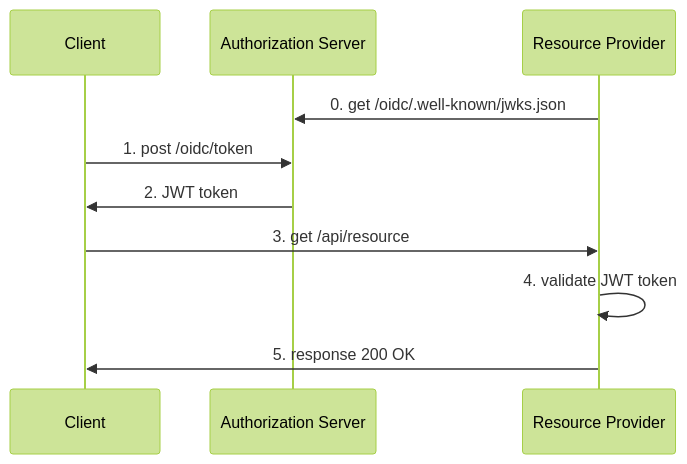
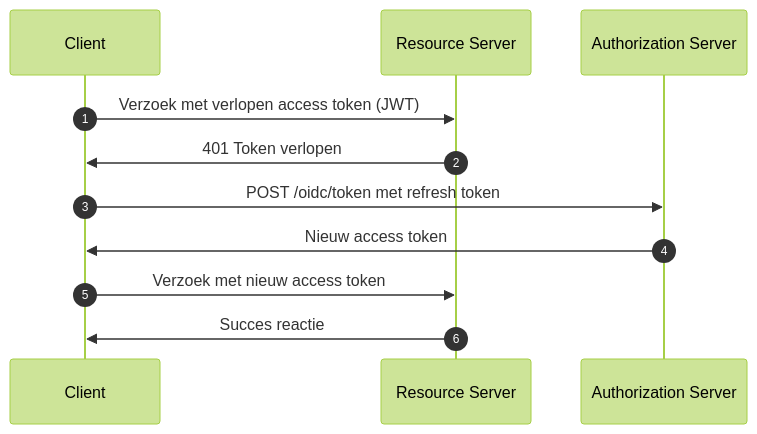
The fifth of 5 diagrams in src/content/terms/nl/opaque-token.mdx (logto-io/auth-wiki), drawn with Mermaid (forest theme) before and after one commit. The commit also changed other lines of this file and 95 other files, not shown here.

````diff
--- a/src/content/terms/nl/opaque-token.mdx
+++ b/src/content/terms/nl/opaque-token.mdx
@@ -73,16 +123,14 @@
 ```mermaid
+sequenceDiagram
+    participant Client as Client
+    participant RS as Resource Server
+    participant AS as Authorization Server
+    autonumber
 
-sequenceDiagram
-    participant C as Client
-    participant AS as Authorization Server
-    participant RP as Resource Provider
-
-    RP ->> AS: 0. get /oidc/.well-known/jwks.json
-
-    C ->> AS: 1. post /oidc/token
-    AS ->> C: 2. JWT token
-    C ->> RP: 3. get /api/resource
-    RP ->> RP: 4. validate JWT token
-    RP ->> C: 5. response 200 OK
-
+    Client->>RS: Verzoek met verlopen access token (JWT)
+    RS->>Client: 401 Token verlopen
+    Client->>AS: POST /oidc/token met refresh token
+    AS->>Client: Nieuw access token
+    Client->>RS: Verzoek met nieuw access token
+    RS->>Client: Succes reactie
 ```
````
